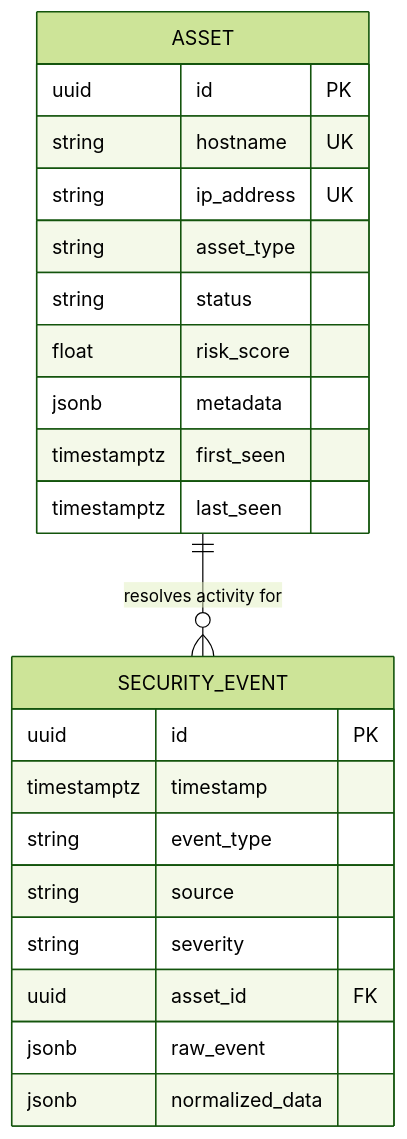
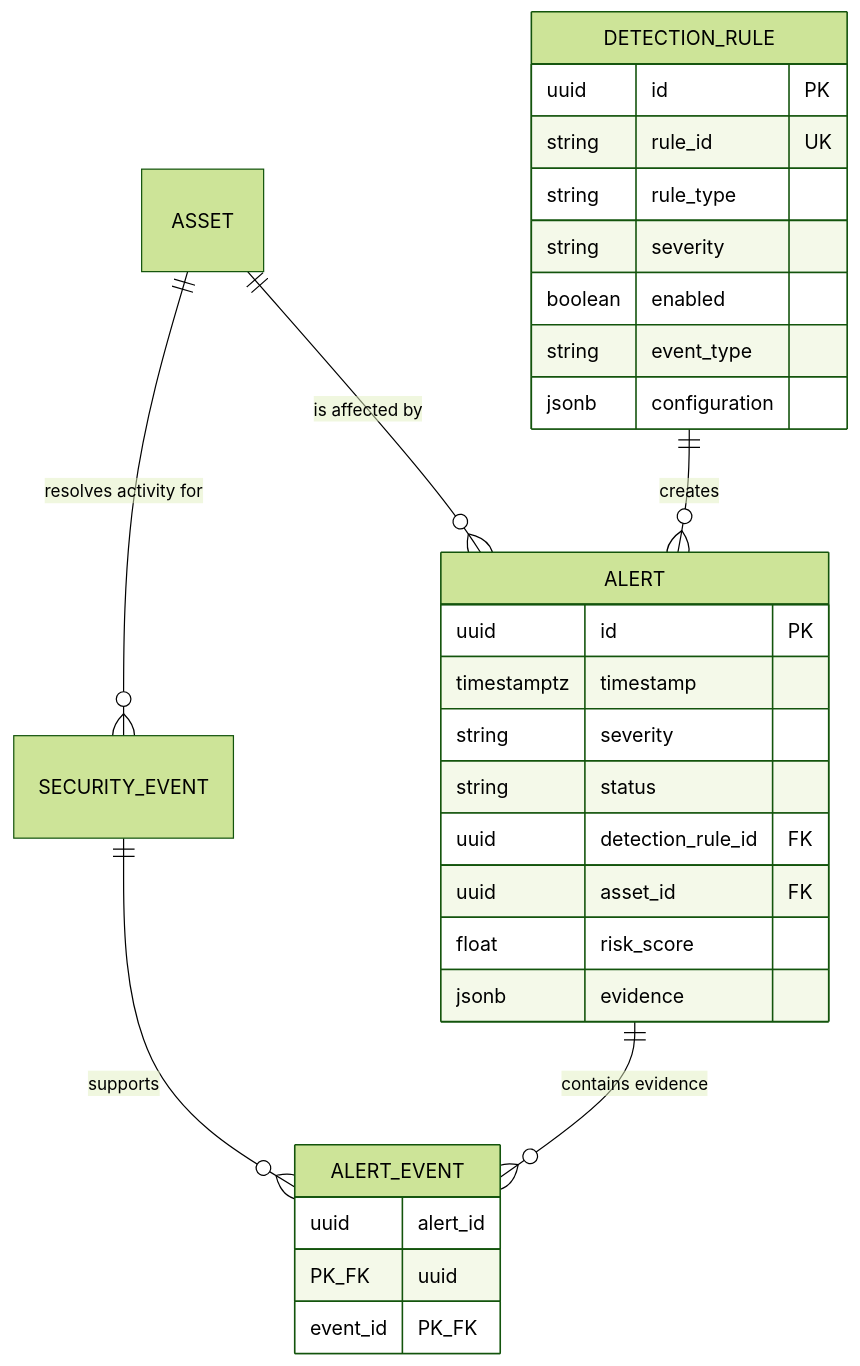
Before and after one commit to Mayroskapnos/sentinel-security-platform: the third of 3 diagrams in docs/architecture.md, drawn with Mermaid (forest theme). The commit also changed other lines of this file and 60 other files, not shown here.

Commit message:
feat: implement detection engine and alert workflow

````diff
--- a/docs/architecture.md
+++ b/docs/architecture.md
@@ -80,25 +60,32 @@
 ```mermaid
 erDiagram
     ASSET ||--o{ SECURITY_EVENT : "resolves activity for"
-    ASSET {
+    ASSET ||--o{ ALERT : "is affected by"
+    DETECTION_RULE ||--o{ ALERT : "creates"
+    ALERT ||--o{ ALERT_EVENT : "contains evidence"
+    SECURITY_EVENT ||--o{ ALERT_EVENT : "supports"
+
+    DETECTION_RULE {
         uuid id PK
-        string hostname UK
-        string ip_address UK
-        string asset_type
-        string status
-        float risk_score
-        jsonb metadata
-        timestamptz first_seen
-        timestamptz last_seen
+        string rule_id UK
+        string rule_type
+        string severity
+        boolean enabled
+        string event_type
+        jsonb configuration
     }
-    SECURITY_EVENT {
+    ALERT {
         uuid id PK
         timestamptz timestamp
-        string event_type
-        string source
         string severity
+        string status
+        uuid detection_rule_id FK
         uuid asset_id FK
-        jsonb raw_event
-        jsonb normalized_data
+        float risk_score
+        jsonb evidence
+    }
+    ALERT_EVENT {
+        uuid alert_id PK_FK
+        uuid event_id PK_FK
     }
 ```
````
